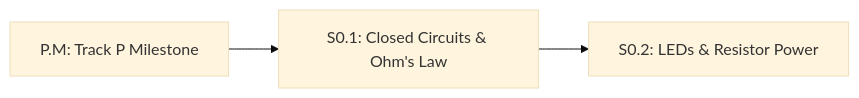
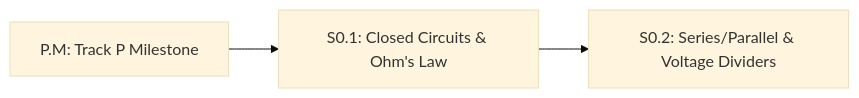
Before and after one commit to TLE47/Mechatronics-Roadmap: the diagram in stage-0/S0.1-closed-circuits-and-ohms-law.md, drawn with Mermaid (base theme). The commit also changed other lines of this file and 58 other files, not shown here.

````diff
--- a/stage-0/S0.1-closed-circuits-and-ohms-law.md
+++ b/stage-0/S0.1-closed-circuits-and-ohms-law.md
@@ -28,5 +28,5 @@
 ```mermaid
 flowchart LR
     PM["P.M: Track P Milestone"] --> S01["S0.1: Closed Circuits & Ohm's Law"]
-    S01 --> S02["S0.2: LEDs & Resistor Power"]
+    S01 --> S02["S0.2: Series/Parallel & Voltage Dividers"]
 ```
````
